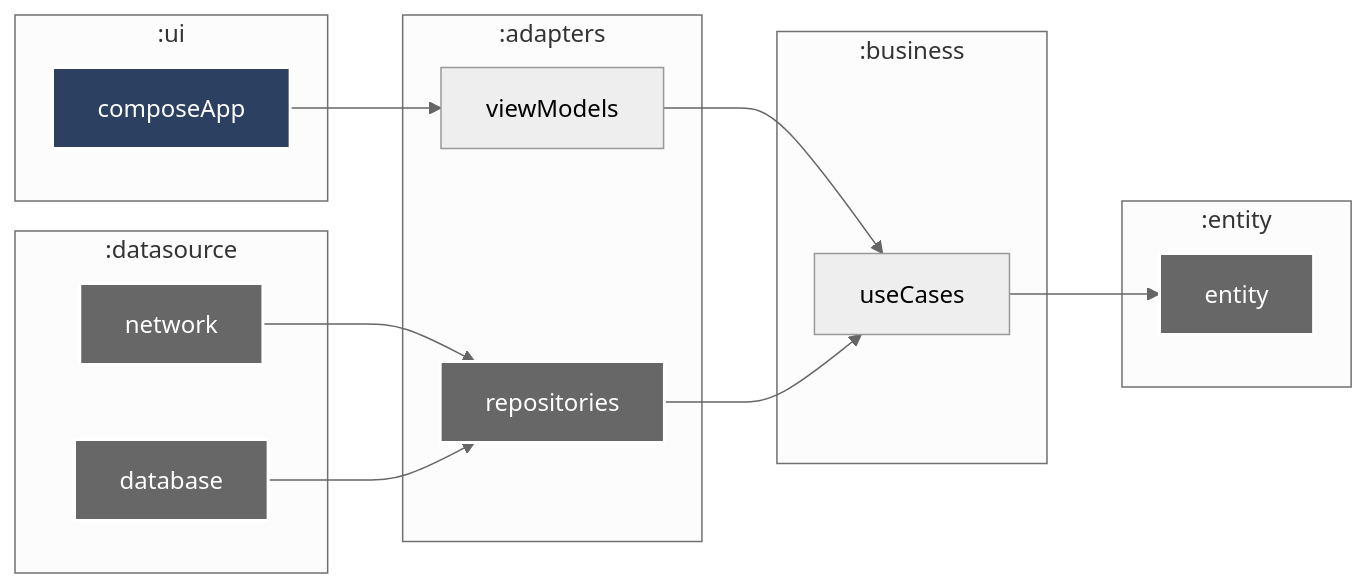
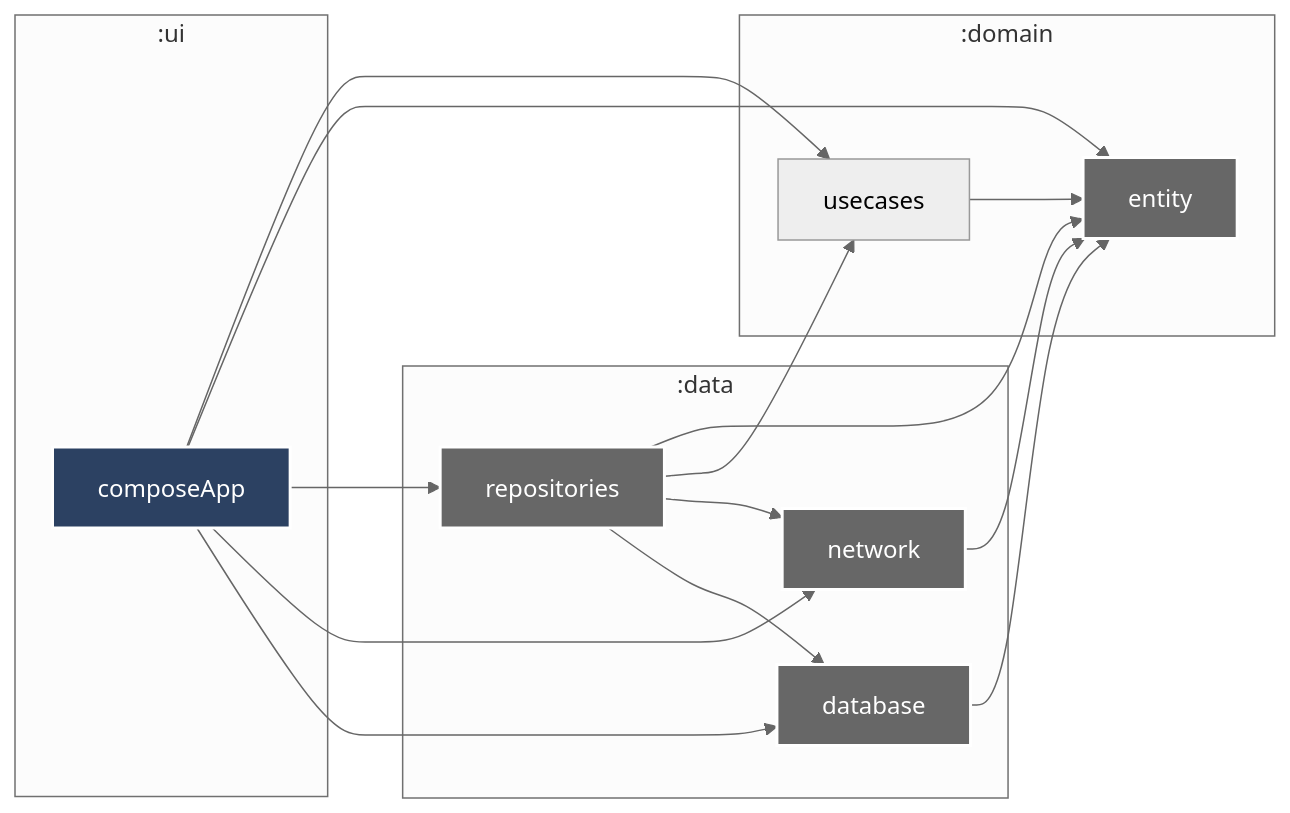
One commit to enirsilvaferraz/Pokedex changed the diagram in MERMAID.md. Above: the diagram before and after it, drawn with Mermaid. The commit also changed 122 other files, not shown here.

````diff
--- a/MERMAID.md
+++ b/MERMAID.md
@@ -3,57 +3,47 @@
 ```mermaid
 %%{
   init: {
     'theme': 'neutral'
   }
 }%%
 
 graph LR
 
   subgraph :ui
     :composeApp["composeApp"] 
   end
   
-  subgraph :business
-    :business:useCases["useCases"]
+  subgraph :domain
+    :domain:useCases["usecases"]
+    :domain:entity["entity"]
+  end
+  
+  subgraph :data
+    :data:network["network"]
+    :data:database["database"]
+    :data:repositories["repositories"]
   end
 
-  subgraph :entity
-    :business:entity["entity"]
-  end
-  
-  subgraph :adapters
-    :adapters:repositories["repositories"]
-    :adapters:viewModels["viewModels"]
-  end
-  
-  subgraph :datasource
-    :datasource:network["network"]
-    :datasource:database["database"]
-  end
+    :domain:useCases --> :domain:entity
+    :composeApp --> :domain:useCases
+    :composeApp --> :domain:entity
+    :composeApp --> :data:repositories
+    :composeApp --> :data:network
+    :composeApp --> :data:database
+    :data:database --> :domain:entity
+    :data:network --> :domain:entity
 
-  :composeApp --> :adapters:viewModels
-  :adapters:viewModels --> :business:useCases
-  :business:useCases --> :business:entity
-%%  :composeApp --> :business:entity
-%%  :composeApp --> :adapters:repositories
-%%  :composeApp --> :datasource:network
-%%  :composeApp --> :datasource:database
-
-%%   :adapters:repositories --> :business:entity
-   :adapters:repositories --> :business:useCases
-  
-%%  :datasource:network --> :business:entity
-  :datasource:network --> :adapters:repositories
-  
-%%  :datasource:database --> :business:entity
-  :datasource:database --> :adapters:repositories
+    :data:repositories --> :domain:entity
+    :data:repositories --> :domain:useCases
+    :data:repositories --> :data:network
+    :data:repositories --> :data:database 
 
 classDef android-application fill:#2C4162,stroke:#fff,stroke-width:2px,color:#fff;
 classDef unknown fill:#676767,stroke:#fff,stroke-width:2px,color:#fff;
 class :composeApp android-application
-class :business:entity unknown
-class :adapters:repositories unknown
-class :datasource:network unknown
-class :datasource:database unknown
+class :domain:entity unknown
+class :data:repositories unknown
+class :data:network unknown
+class :data:database unknown
 
 ```
````
